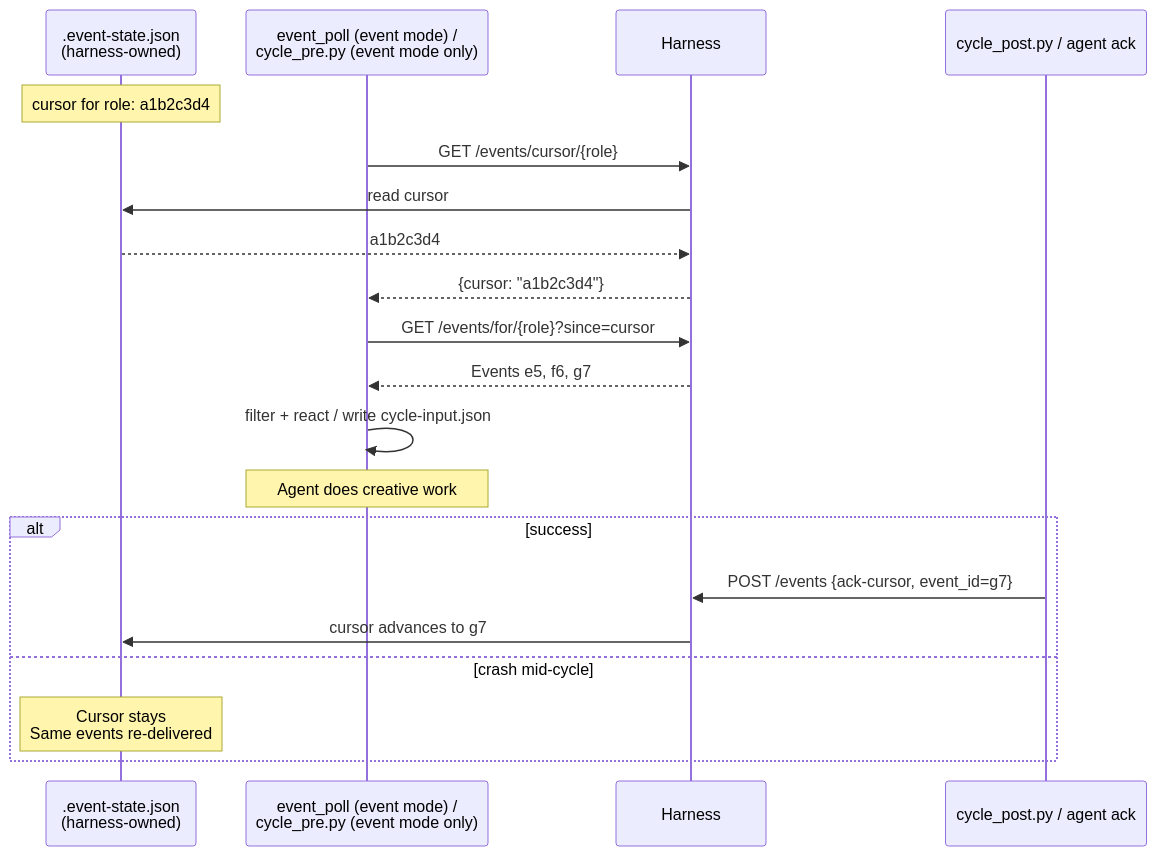
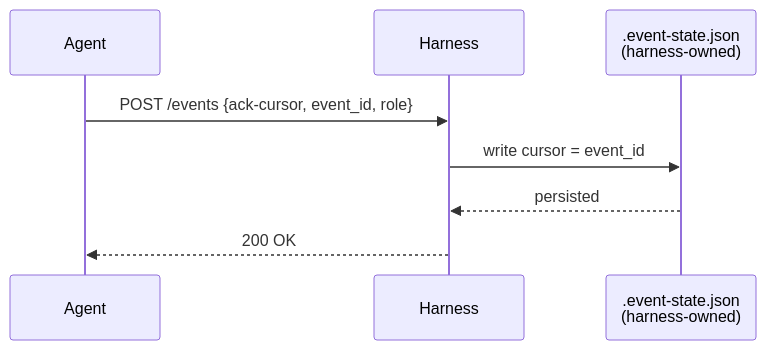
The sixth of 15 diagrams in docs/AGENT-RUNTIME.md (WallyDoodlez/SquidSquad), drawn with Mermaid before and after one commit. The commit also changed other lines of this file and 3 other files, not shown here.

````diff
--- a/docs/AGENT-RUNTIME.md
+++ b/docs/AGENT-RUNTIME.md
@@ -387,26 +391,11 @@
 ```mermaid
 sequenceDiagram
+    participant A as Agent
+    participant H as Harness
     participant ES as .event-state.json<br/>(harness-owned)
-    participant CP as event_poll (event mode) /<br/>cycle_pre.py (event mode only)
-    participant H as Harness
-    participant CPO as cycle_post.py / agent ack
 
-    Note over ES: cursor for role: a1b2c3d4
-
-    CP->>H: GET /events/cursor/{role}
-    H->>ES: read cursor
-    ES-->>H: a1b2c3d4
-    H-->>CP: {cursor: "a1b2c3d4"}
-    CP->>H: GET /events/for/{role}?since=cursor
-    H-->>CP: Events e5, f6, g7
-    CP->>CP: filter + react / write cycle-input.json
-
-    Note over CP: Agent does creative work
-
-    alt success
-        CPO->>H: POST /events {ack-cursor, event_id=g7}
-        H->>ES: cursor advances to g7
-    else crash mid-cycle
-        Note over ES: Cursor stays<br/>Same events re-delivered
-    end
+    A->>H: POST /events {ack-cursor, event_id, role}
+    H->>ES: write cursor = event_id
+    ES-->>H: persisted
+    H-->>A: 200 OK
 ```
````
